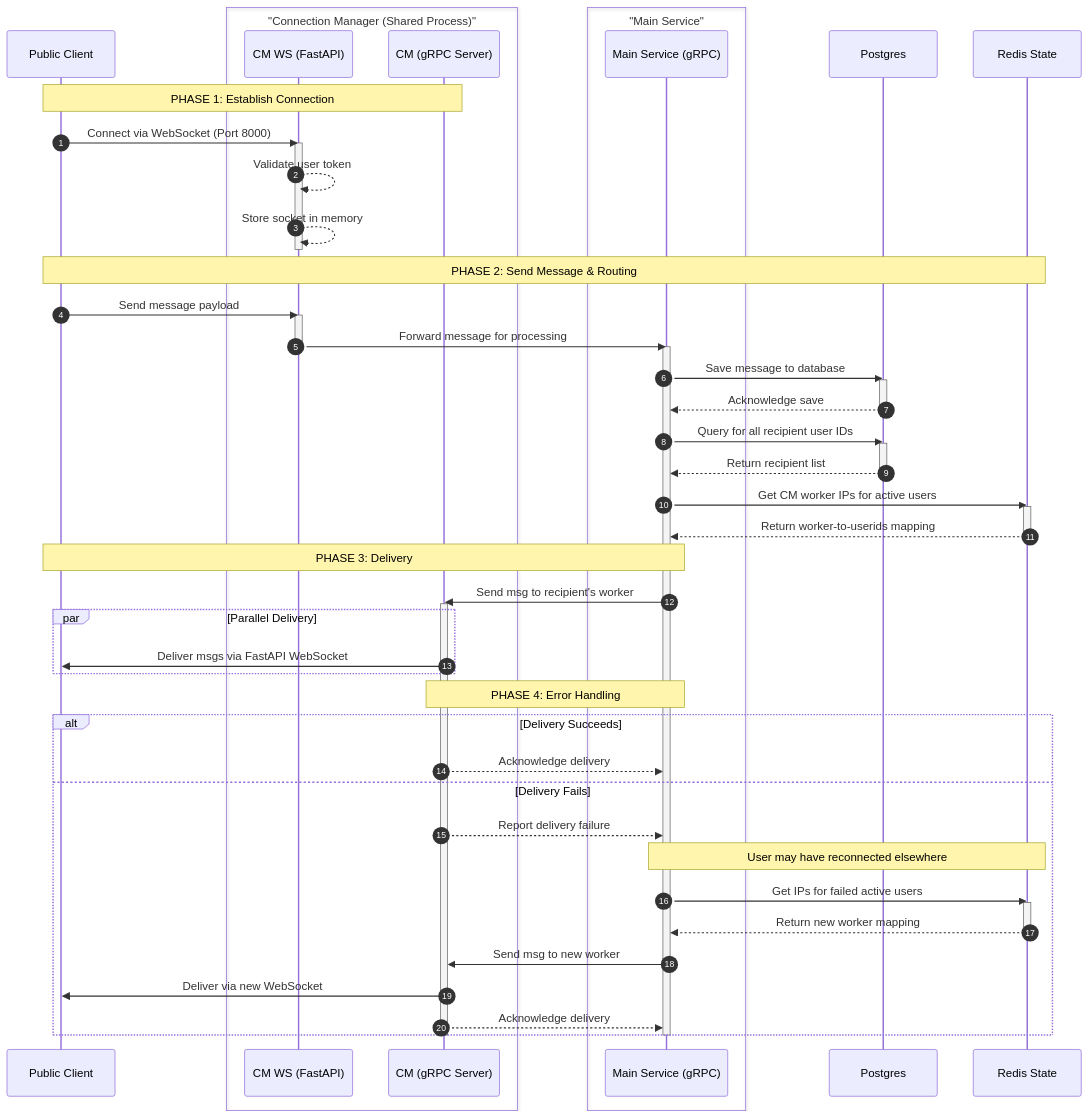
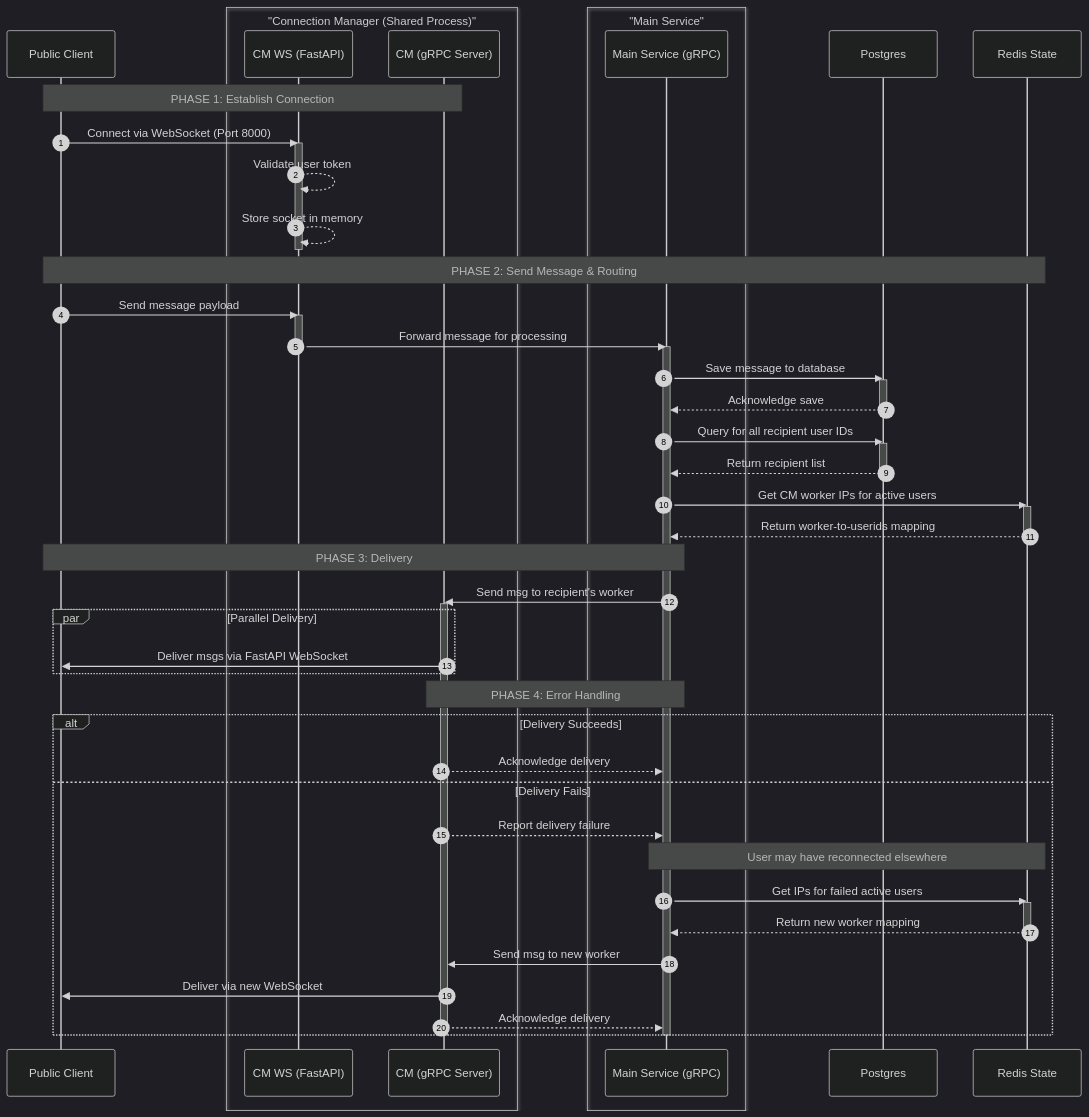
The diagram in README.md (Chetankumar3/ChatApp), drawn with Mermaid before and after one commit. The commit also changed 8 other files, not shown here.

````diff
--- a/README.md
+++ b/README.md
@@ -86,46 +86,5 @@
 ```mermaid
-%%{init: {
-  "theme": "base",
-  "themeVariables": {
-    "primaryColor": "#E3F2FD",
-    "secondaryColor": "#2c2c2c",
-    "tertiaryColor": "#1e1e1e",
-
-    "primaryTextColor": "#000000",
-    "textColor": "#ffffff",
-    "lineColor": "#ffffff",
-    "edgeLabelBackground": "#1e1e1e"
-  },
-  "themeCSS": "
-    /* Participants (boxes at top) */
-    .actor text {
-      fill: #000000 !important;
-    }
-
-    .actor rect {
-      fill: #E3F2FD !important;
-    }
-
-    /* Notes (PHASE blocks) */
-    .note text {
-      fill: #ffffff !important;
-    }
-
-    .note rect {
-      fill: #2c2c2c !important;
-    }
-
-    /* Messages (arrows text) */
-    .messageText {
-      fill: #ffffff !important;
-    }
-
-    /* Sequence numbers */
-    .sequenceNumber {
-      fill: #ffffff !important;
-    }
-  "
-}}%%
+%%{init: {'theme': 'dark', 'themeVariables': { 'primaryColor': '#E3F2FD', 'edgeLabelBackground':'#ffffff', 'tertiaryColor': '#fff'}}}%%
 sequenceDiagram
     autonumber
     participant Internet as Public Client
````
